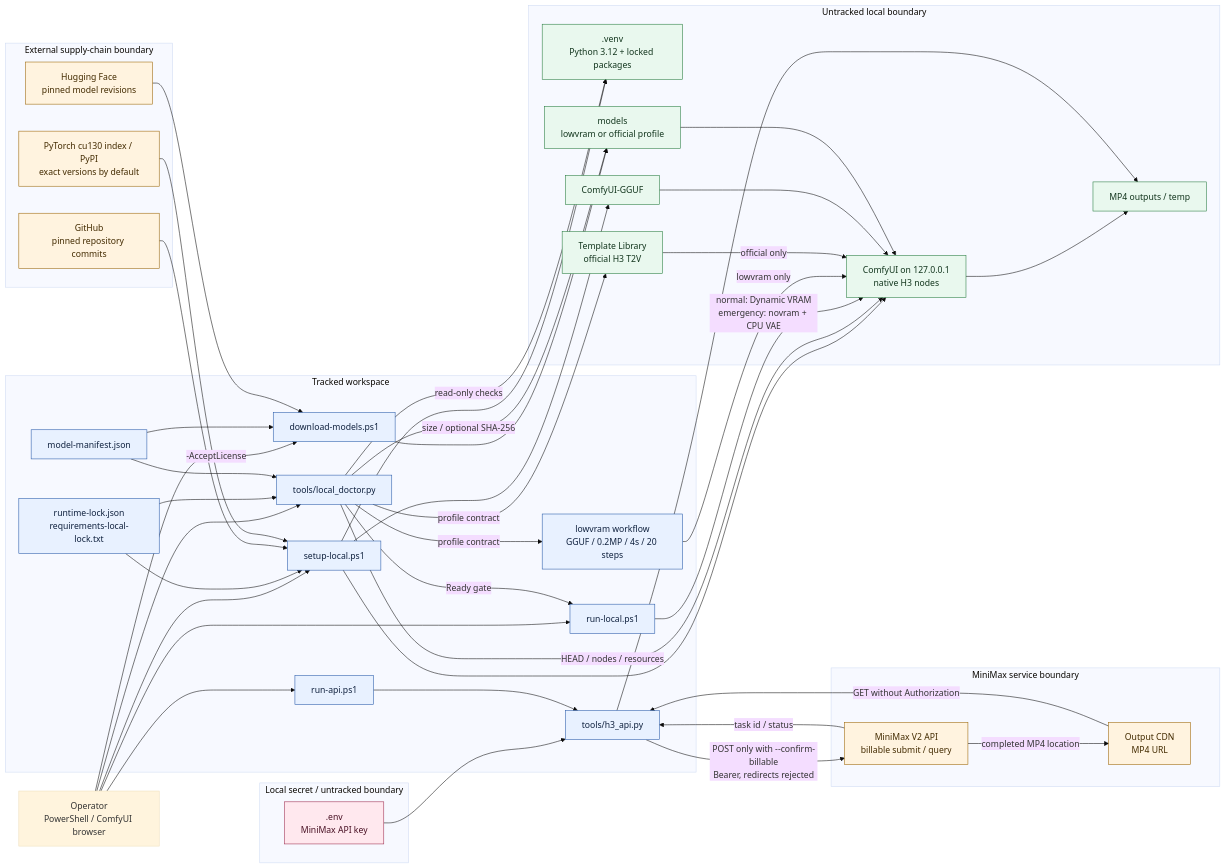
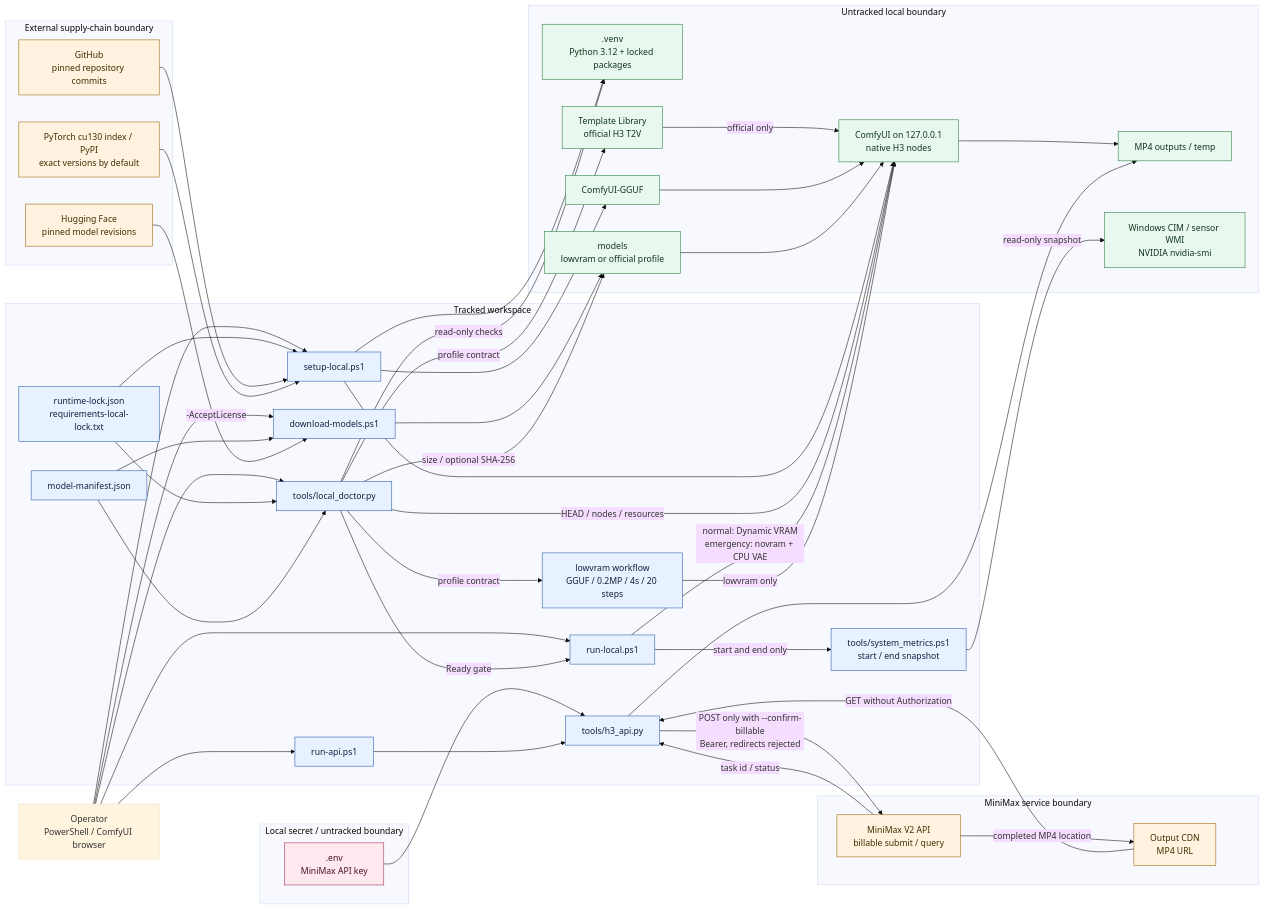
One commit to benriworks/MiniMax-H3 changed the diagram in ARCHITECTURE_DIAGRAM.md. Above: the diagram before and after it, drawn with Mermaid (base theme). The commit also changed 5 other files, not shown here.

Commit message:
feat: report system metrics at runtime boundaries

````diff
--- a/ARCHITECTURE_DIAGRAM.md
+++ b/ARCHITECTURE_DIAGRAM.md
@@ -13,6 +13,7 @@
         ModelManifest["model-manifest.json"]
         Doctor["tools/local_doctor.py"]
         Launcher["run-local.ps1"]
+        Metrics["tools/system_metrics.ps1<br/>start / end snapshot"]
         LowWorkflow["lowvram workflow<br/>GGUF / 0.2MP / 4s / 20 steps"]
         ApiWrapper["run-api.ps1"]
         ApiCli["tools/h3_api.py"]
@@ -29,6 +30,7 @@
         Models["models<br/>lowvram or official profile"]
         OfficialWorkflow["Template Library<br/>official H3 T2V"]
         Outputs["MP4 outputs / temp"]
+        HardwareMetrics["Windows CIM / sensor WMI<br/>NVIDIA nvidia-smi"]
     end
 
     subgraph ExternalSources["External supply-chain boundary"]
@@ -66,6 +68,8 @@
 
     Operator --> Launcher
     Doctor -->|"Ready gate"| Launcher
+    Launcher -->|"start and end only"| Metrics
+    Metrics -->|"read-only snapshot"| HardwareMetrics
     Launcher -->|"normal: Dynamic VRAM<br/>emergency: novram + CPU VAE"| Comfy
     LowWorkflow -->|"lowvram only"| Comfy
     OfficialWorkflow -->|"official only"| Comfy
@@ -87,8 +91,8 @@
     classDef external fill:#fff3df,stroke:#9a6300,color:#432b00;
     classDef secret fill:#ffe8ee,stroke:#9c284b,color:#481023;
 
-    class Setup,RuntimeLock,Downloader,ModelManifest,Doctor,Launcher,LowWorkflow,ApiWrapper,ApiCli tracked;
-    class Venv,Comfy,GgufNode,Models,OfficialWorkflow,Outputs local;
+    class Setup,RuntimeLock,Downloader,ModelManifest,Doctor,Launcher,Metrics,LowWorkflow,ApiWrapper,ApiCli tracked;
+    class Venv,Comfy,GgufNode,Models,OfficialWorkflow,Outputs,HardwareMetrics local;
     class GitHub,PackageIndexes,HuggingFace,MiniMaxApi,OutputCdn external;
     class Env secret;
 ```
````
